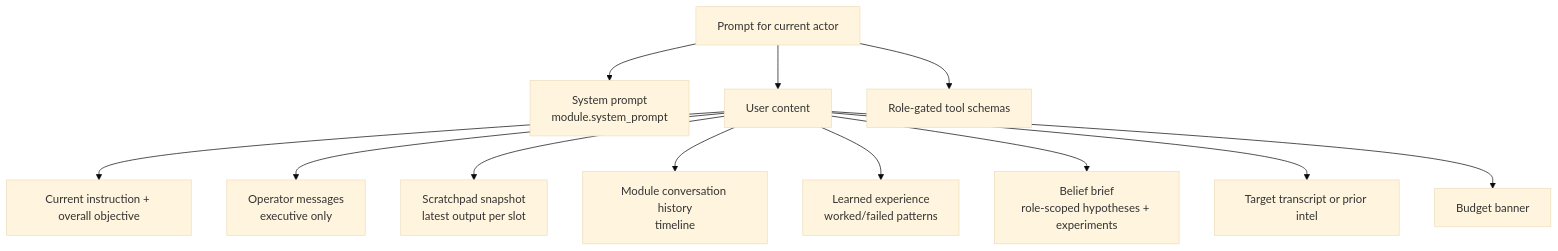
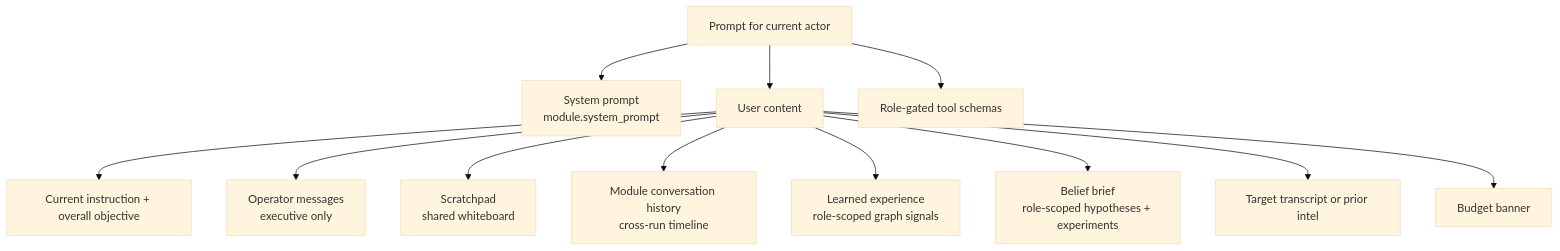
Before and after one commit to galihlprakoso/mesmer.ai: the fourth of 11 diagrams in VISUALIZATION.md, drawn with Mermaid (base theme). The commit also changed other lines of this file and 7 other files, not shown here.

````diff
--- a/VISUALIZATION.md
+++ b/VISUALIZATION.md
@@ -191,15 +191,15 @@
 ```mermaid
 flowchart TD
   Prompt["Prompt for current actor"]
   Prompt --> System["System prompt<br/>module.system_prompt"]
   Prompt --> User["User content"]
   User --> Objective["Current instruction + overall objective"]
   User --> Operator["Operator messages<br/>executive only"]
-  User --> Scratch["Scratchpad snapshot<br/>latest output per slot"]
-  User --> History["Module conversation history<br/>timeline"]
-  User --> Experience["Learned experience<br/>worked/failed patterns"]
+  User --> Scratch["Scratchpad<br/>shared whiteboard"]
+  User --> History["Module conversation history<br/>cross-run timeline"]
+  User --> Experience["Learned experience<br/>role-scoped graph signals"]
   User --> Belief["Belief brief<br/>role-scoped hypotheses + experiments"]
   User --> TargetFrame["Target transcript or prior intel"]
   User --> Budget["Budget banner"]
   Prompt --> Tools["Role-gated tool schemas"]
 ```
````
